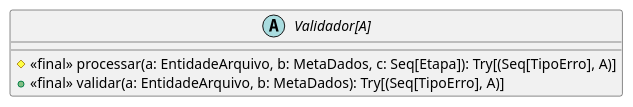
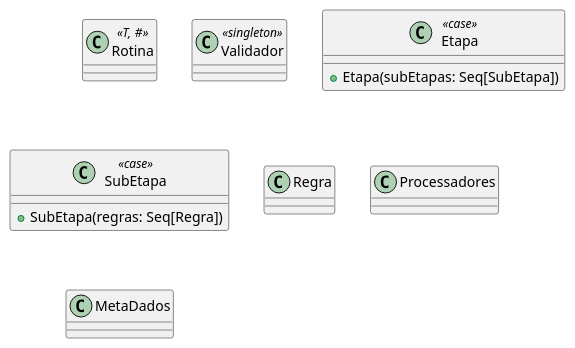
Before and after one commit to Maxranderson/tcc: the diagram in src/main/resources/umls/Validador.puml, drawn with PlantUML. The commit also changed 15 other files, not shown here.

```diff
--- a/src/main/resources/umls/Validador.puml
+++ b/src/main/resources/umls/Validador.puml
@@ -1,11 +1,23 @@
 @startuml
 
-
-abstract class Validador[A] {
-#<<final>> processar(a: EntidadeArquivo, b: MetaDados, c: Seq[Etapa]): Try[(Seq[TipoErro], A)]
-+<<final>> validar(a: EntidadeArquivo, b: MetaDados): Try[(Seq[TipoErro], A)]
+class Rotina<<T, #>> {
+}
+class Validador<<singleton>> {
 }
 
 
+class Etapa <<case>>{
+    +Etapa(subEtapas: Seq[SubEtapa])
+}
+
+class SubEtapa <<case>>{
+    +SubEtapa(regras: Seq[Regra])
+}
+
+class Regra
+
+class Processadores
+class MetaDados
+
 
 @enduml
```
